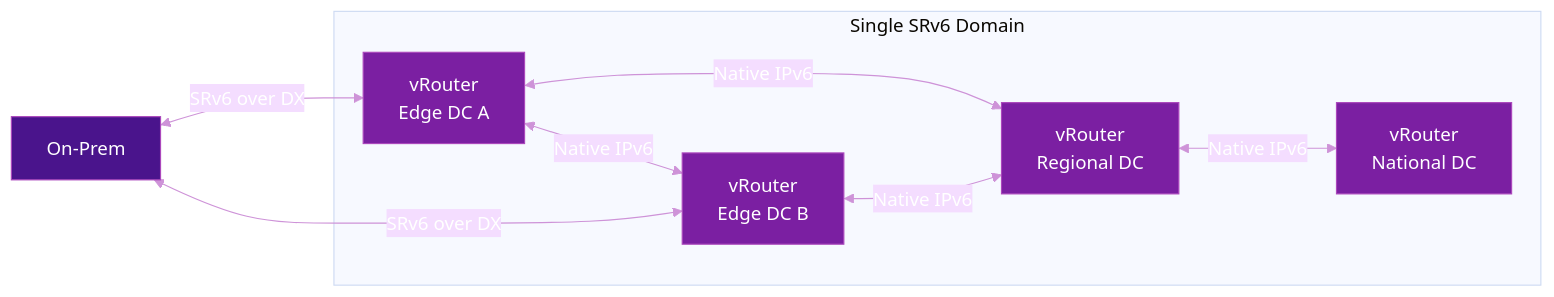
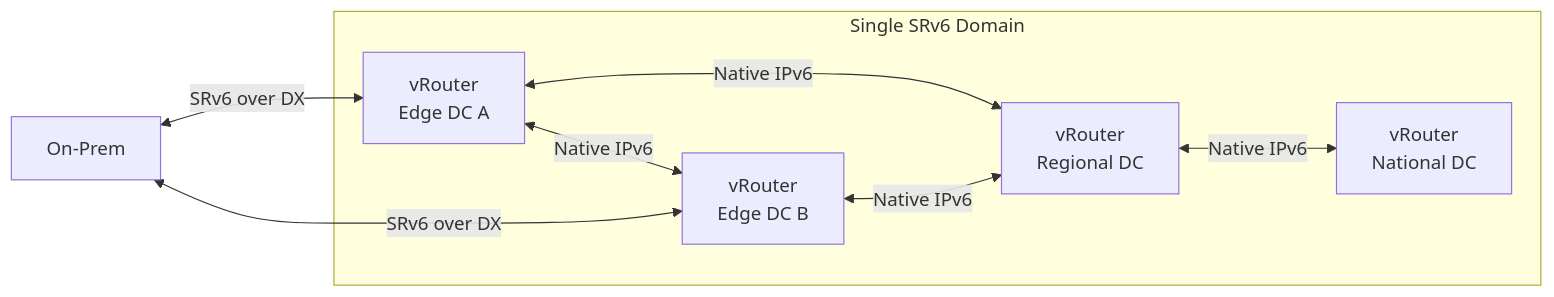
Before and after one commit to eldaninavas/srv6.md: the second of 2 diagrams in docs/use-cases/cloud-native-backbone.md, drawn with Mermaid. The commit also changed other lines of this file and 29 other files, not shown here.

First line of the commit message:
fix(mermaid): apply theme-aware colors site-wide

````diff
--- a/docs/use-cases/cloud-native-backbone.md
+++ b/docs/use-cases/cloud-native-backbone.md
@@ -60,23 +53,16 @@
 ```mermaid
-%%{init: {"theme": "base", "themeVariables": {"primaryTextColor": "#fff", "lineColor": "#ce93d8", "textColor": "#fff"}}}%%
 graph LR
     VR1[vRouter<br/>Edge DC A] <-->|Native IPv6| VR2[vRouter<br/>Edge DC B]
     VR1 <-->|Native IPv6| VR3[vRouter<br/>Regional DC]
     VR2 <-->|Native IPv6| VR3
     VR3 <-->|Native IPv6| VR4[vRouter<br/>National DC]
     ONPREM[On-Prem] <-->|SRv6 over DX| VR1
     ONPREM <-->|SRv6 over DX| VR2
 
     subgraph Single SRv6 Domain
         VR1
         VR2
         VR3
         VR4
     end
-
-    style VR1 fill:#7b1fa2,color:#fff,stroke:#ab47bc
-    style VR2 fill:#7b1fa2,color:#fff,stroke:#ab47bc
-    style VR3 fill:#7b1fa2,color:#fff,stroke:#ab47bc
-    style VR4 fill:#7b1fa2,color:#fff,stroke:#ab47bc
-    style ONPREM fill:#4a148c,color:#fff,stroke:#ab47bc
 ```
````
